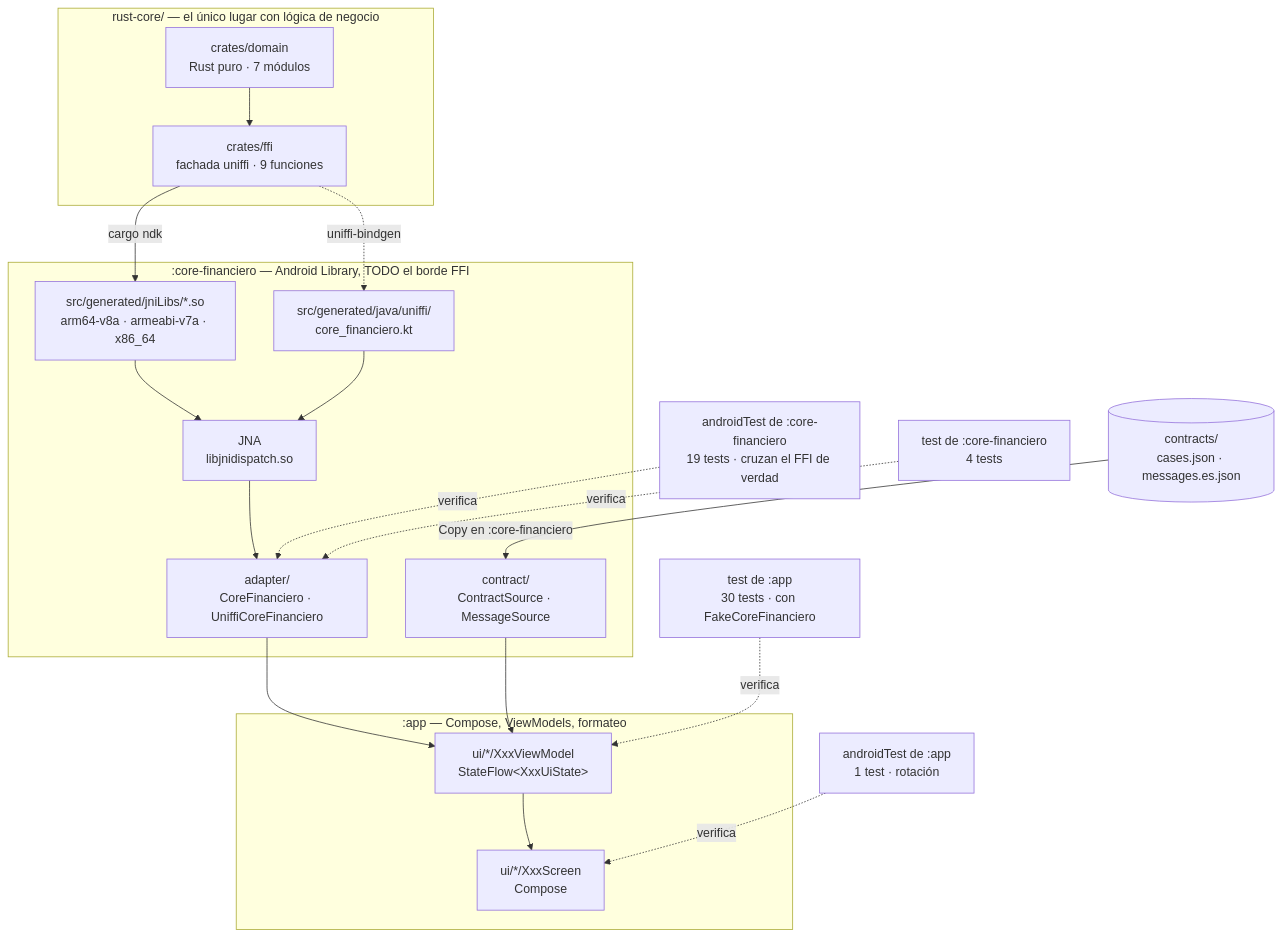
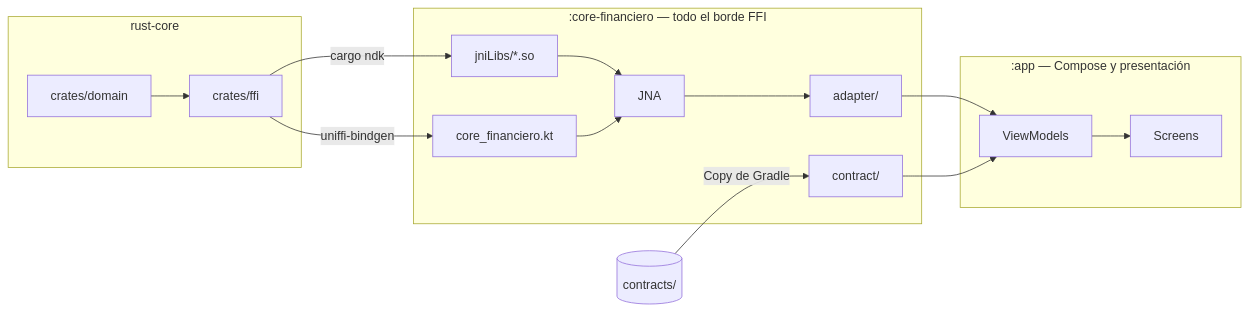
Before and after one commit to tohure/rust-core-cross-app: the diagram in apps/android/README.md, drawn with Mermaid. The commit also changed other lines of this file and 1 other file, not shown here.

````diff
--- a/apps/android/README.md
+++ b/apps/android/README.md
@@ -24,43 +24,28 @@
 ```mermaid
-flowchart TD
-    subgraph core["rust-core/ — el único lugar con lógica de negocio"]
-        domain["crates/domain<br/>Rust puro · 7 módulos"]
-        ffi["crates/ffi<br/>fachada uniffi · 9 funciones"]
-        domain --> ffi
+flowchart LR
+    subgraph core["rust-core"]
+        domain["crates/domain"] --> ffi["crates/ffi"]
     end
 
-    subgraph modulo[":core-financiero — Android Library, TODO el borde FFI"]
-        so["src/generated/jniLibs/*.so<br/>arm64-v8a · armeabi-v7a · x86_64"]
-        kt["src/generated/java/uniffi/<br/>core_financiero.kt"]
-        jna["JNA<br/>libjnidispatch.so"]
-        adapter["adapter/<br/>CoreFinanciero · UniffiCoreFinanciero"]
-        source["contract/<br/>ContractSource · MessageSource"]
+    subgraph modulo[":core-financiero — todo el borde FFI"]
+        so["jniLibs/*.so"]
+        kt["core_financiero.kt"]
+        jna["JNA"]
+        adapter["adapter/"]
+        source["contract/"]
         so --> jna
         kt --> jna
         jna --> adapter
     end
 
-    subgraph app[":app — Compose, ViewModels, formateo"]
-        vm["ui/*/XxxViewModel<br/>StateFlow&lt;XxxUiState&gt;"]
-        screens["ui/*/XxxScreen<br/>Compose"]
-        vm --> screens
+    subgraph app[":app — Compose y presentación"]
+        vm["ViewModels"] --> screens["Screens"]
     end
 
     ffi -->|"cargo ndk"| so
-    ffi -.->|"uniffi-bindgen"| kt
+    ffi -->|"uniffi-bindgen"| kt
+    contrato[("contracts/")] -->|"Copy de Gradle"| source
+
     adapter --> vm
     source --> vm
-
-    contrato[("contracts/<br/>cases.json · messages.es.json")]
-    contrato -->|"Copy en :core-financiero"| source
-
-    insCore["androidTest de :core-financiero<br/>19 tests · cruzan el FFI de verdad"]
-    jvmCore["test de :core-financiero<br/>4 tests"]
-    insApp["androidTest de :app<br/>1 test · rotación"]
-    jvmApp["test de :app<br/>30 tests · con FakeCoreFinanciero"]
-
-    insCore -.->|"verifica"| adapter
-    jvmCore -.->|"verifica"| adapter
-    insApp -.->|"verifica"| screens
-    jvmApp -.->|"verifica"| vm
 ```
````
